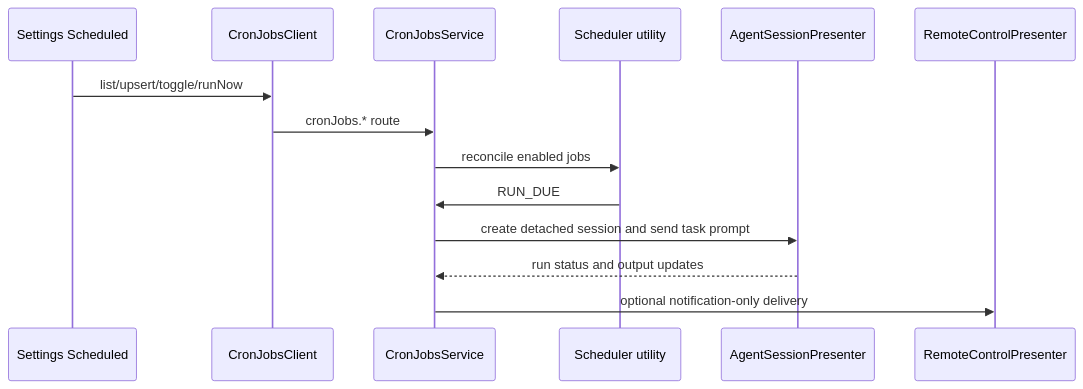
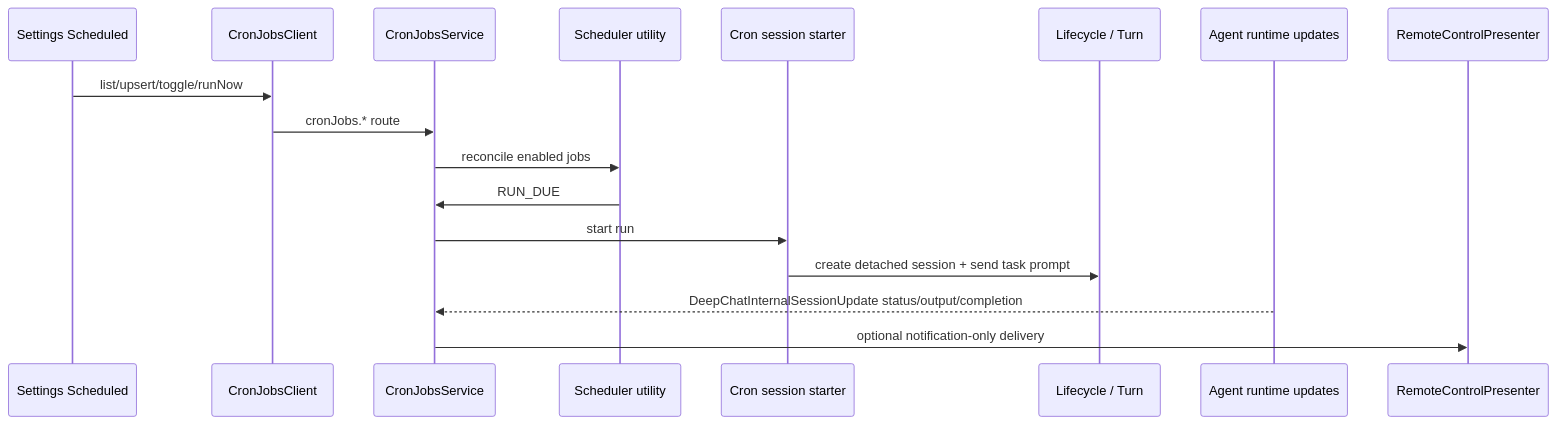
One commit to zerob13/deepchat changed the eighth of 9 diagrams in docs/FLOWS.md. Above: the diagram before and after it, drawn with Mermaid. The commit also changed other lines of this file and 57 other files, not shown here.

````diff
--- a/docs/FLOWS.md
+++ b/docs/FLOWS.md
@@ -230,17 +234,20 @@
 ```mermaid
 sequenceDiagram
     participant UI as Settings Scheduled
     participant Client as CronJobsClient
     participant Service as CronJobsService
     participant Utility as Scheduler utility
-    participant Agent as AgentSessionPresenter
+    participant Starter as Cron session starter
+    participant App as Lifecycle / Turn
+    participant Runtime as Agent runtime updates
     participant Remote as RemoteControlPresenter
 
     UI->>Client: list/upsert/toggle/runNow
     Client->>Service: cronJobs.* route
     Service->>Utility: reconcile enabled jobs
     Utility->>Service: RUN_DUE
-    Service->>Agent: create detached session and send task prompt
-    Agent-->>Service: run status and output updates
+    Service->>Starter: start run
+    Starter->>App: create detached session + send task prompt
+    Runtime-->>Service: DeepChatInternalSessionUpdate status/output/completion
     Service->>Remote: optional notification-only delivery
 ```
````
